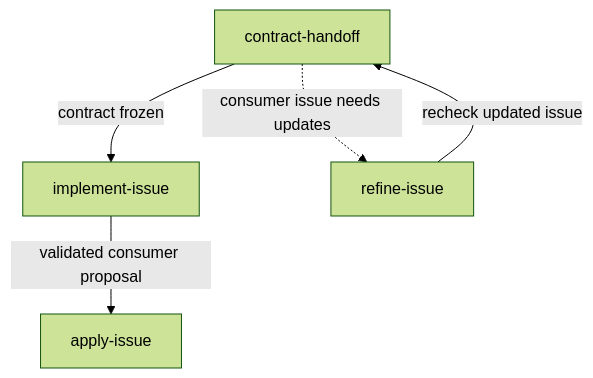
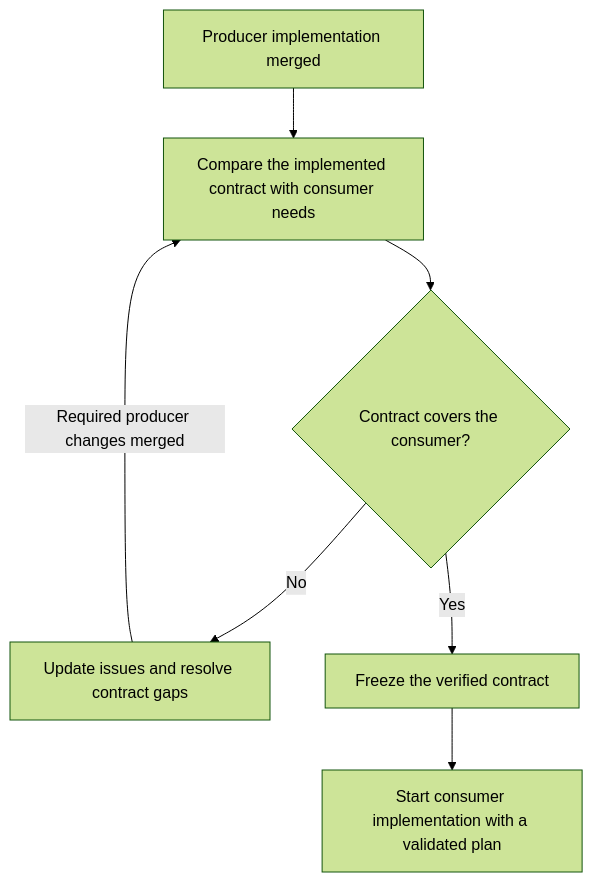
Before and after one commit to rocker-code/my-ai-skills: the fifth of 5 diagrams in README.md, drawn with Mermaid (forest theme). The commit also changed other lines of this file, not shown here.

Commit message:
docs: make README workflow diagrams easier to scan

````diff
--- a/README.md
+++ b/README.md
@@ -102,7 +135,9 @@
 ```mermaid
 flowchart TD
-    CH["contract-handoff"] -->|contract frozen| II["implement-issue"]
-    CH -.->|consumer issue needs updates| RI["refine-issue"]
-    RI -->|recheck updated issue| CH
-    II -->|validated consumer proposal| AI["apply-issue"]
+    A["Producer implementation merged"] --> B["Compare the implemented contract with consumer needs"]
+    B --> C{"Contract covers the consumer?"}
+    C -->|No| D["Update issues and resolve contract gaps"]
+    D -->|Required producer changes merged| B
+    C -->|Yes| E["Freeze the verified contract"]
+    E --> F["Start consumer implementation with a validated plan"]
 ```
````
